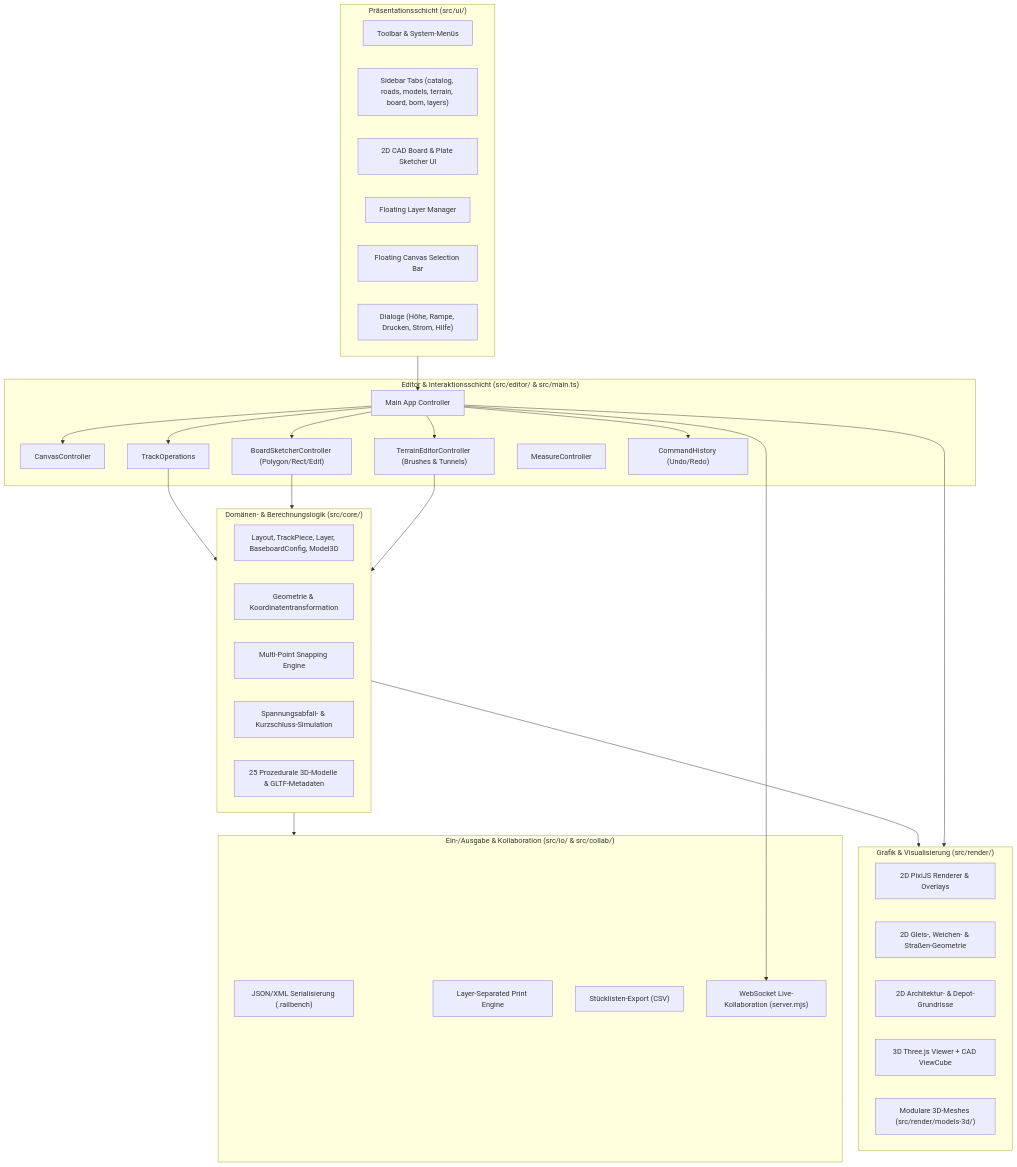
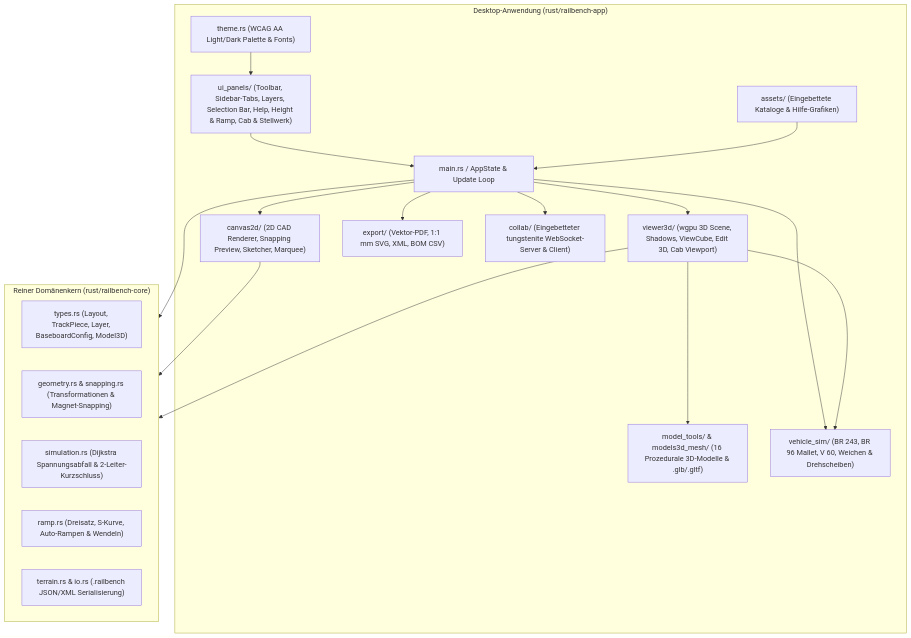
One commit to Nicolaikurz/railbench changed the diagram in docs/architektur.md. Above: the diagram before and after it, drawn with Mermaid. The commit also changed other lines of this file and 358 other files, not shown here.

````diff
--- a/docs/architektur.md
+++ b/docs/architektur.md
@@ -24,58 +24,37 @@
 ```mermaid
 flowchart TD
-    subgraph UI ["Präsentationsschicht (src/ui/)"]
-        Toolbar["Toolbar & System-Menüs"]
-        Sidebar["Sidebar Tabs (catalog, roads, models, terrain, board, bom, layers)"]
-        SketcherCard["2D CAD Board & Plate Sketcher UI"]
-        RightSidebar["Floating Layer Manager"]
-        SelectionBar["Floating Canvas Selection Bar"]
-        Dialogs["Dialoge (Höhe, Rampe, Drucken, Strom, Hilfe)"]
+    subgraph App ["Desktop-Anwendung (rust/railbench-app)"]
+        Main["main.rs / AppState & Update Loop"]
+        UI["ui_panels/ (Toolbar, Sidebar-Tabs, Layers, Selection Bar, Help, Height & Ramp, Cab & Stellwerk)"]
+        Theme["theme.rs (WCAG AA Light/Dark Palette & Fonts)"]
+        Canvas2D["canvas2d/ (2D CAD Renderer, Snapping Preview, Sketcher, Marquee)"]
+        Viewer3D["viewer3d/ (wgpu 3D Scene, Shadows, ViewCube, Edit 3D, Cab Viewport)"]
+        Models3D["model_tools/ & models3d_mesh/ (16 Prozedurale 3D-Modelle & .glb/.gltf)"]
+        VehSim["vehicle_sim/ (BR 243, BR 96 Mallet, V 60, Weichen & Drehscheiben)"]
+        Export["export/ (Vektor-PDF, 1:1 mm SVG, XML, BOM CSV)"]
+        Collab["collab/ (Eingebetteter tungstenite WebSocket-Server & Client)"]
+        Assets["assets/ (Eingebettete Kataloge & Hilfe-Grafiken)"]
     end
 
-    subgraph Editor ["Editor & Interaktionsschicht (src/editor/ & src/main.ts)"]
-        MainApp["Main App Controller"]
-        CanvasCtrl["CanvasController"]
-        TrackOps["TrackOperations"]
-        BoardSketcher["BoardSketcherController (Polygon/Rect/Edit)"]
-        TerrainCtrl["TerrainEditorController (Brushes & Tunnels)"]
-        MeasureCtrl["MeasureController"]
-        CmdHistory["CommandHistory (Undo/Redo)"]
+    subgraph Core ["Reiner Domänenkern (rust/railbench-core)"]
+        Types["types.rs (Layout, TrackPiece, Layer, BaseboardConfig, Model3D)"]
+        Geom["geometry.rs & snapping.rs (Transformationen & Magnet-Snapping)"]
+        Sim["simulation.rs (Dijkstra Spannungsabfall & 2-Leiter-Kurzschluss)"]
+        Ramp["ramp.rs (Dreisatz, S-Kurve, Auto-Rampen & Wendeln)"]
+        Terrain["terrain.rs & io.rs (.railbench JSON/XML Serialisierung)"]
     end
 
-    subgraph Core ["Domänen- & Berechnungslogik (src/core/)"]
-        DataModel["Layout, TrackPiece, Layer, BaseboardConfig, Model3D"]
-        Geometry["Geometrie & Koordinatentransformation"]
-        Snapping["Multi-Point Snapping Engine"]
-        Simulation["Spannungsabfall- & Kurzschluss-Simulation"]
-        Models3D["25 Prozedurale 3D-Modelle & GLTF-Metadaten"]
-    end
-
-    subgraph Render ["Grafik & Visualisierung (src/render/)"]
-        Renderer2D["2D PixiJS Renderer & Overlays"]
-        TrackSprite["2D Gleis-, Weichen- & Straßen-Geometrie"]
-        ModelSprite["2D Architektur- & Depot-Grundrisse"]
-        Viewer3D["3D Three.js Viewer + CAD ViewCube"]
-        Models3DMeshes["Modulare 3D-Meshes (src/render/models-3d/)"]
-    end
-
-    subgraph IO ["Ein-/Ausgabe & Kollaboration (src/io/ & src/collab/)"]
-        Serializer["JSON/XML Serialisierung (.railbench)"]
-        PrintEngine["Layer-Separated Print Engine"]
-        CSVExport["Stücklisten-Export (CSV)"]
-        Collab["WebSocket Live-Kollaboration (server.mjs)"]
-    end
-
-    UI --> MainApp
-    MainApp --> CanvasCtrl
-    MainApp --> TrackOps
-    MainApp --> BoardSketcher
-    MainApp --> TerrainCtrl
-    MainApp --> CmdHistory
-    TrackOps --> Core
-    BoardSketcher --> Core
-    TerrainCtrl --> Core
-    Core --> Render
-    Core --> IO
-    MainApp --> Render
-    MainApp --> Collab
+    UI --> Main
+    Theme --> UI
+    Assets --> Main
+    Main --> Canvas2D
+    Main --> Viewer3D
+    Main --> VehSim
+    Main --> Export
+    Main --> Collab
+    Main --> Core
+    Canvas2D --> Core
+    Viewer3D --> Models3D
+    Viewer3D --> VehSim
+    Viewer3D --> Core
 ```
````
